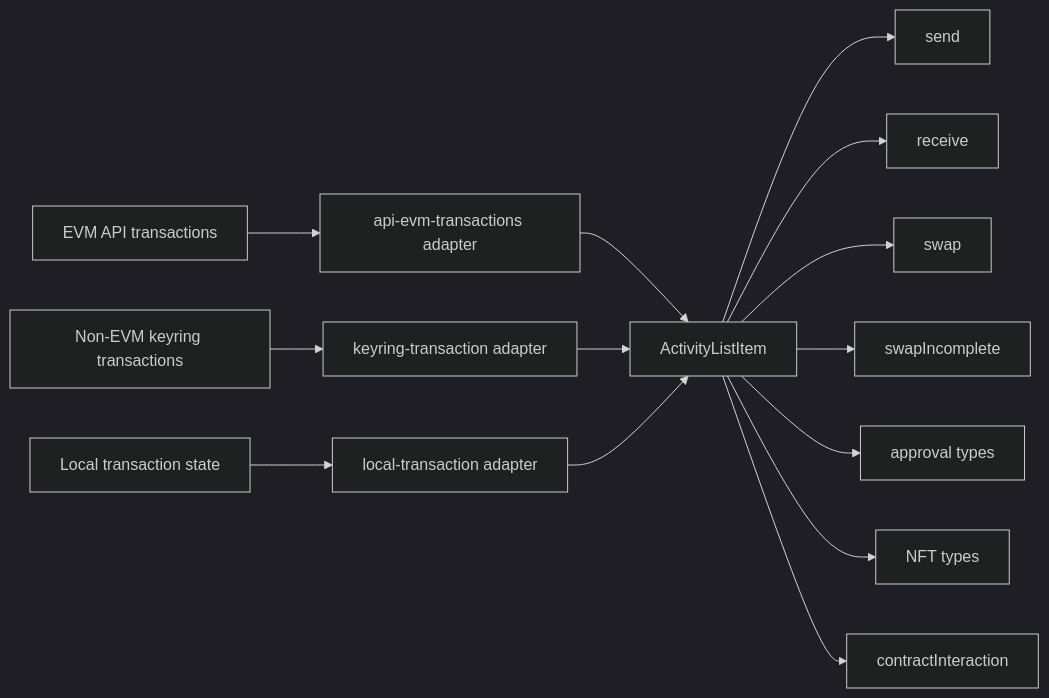
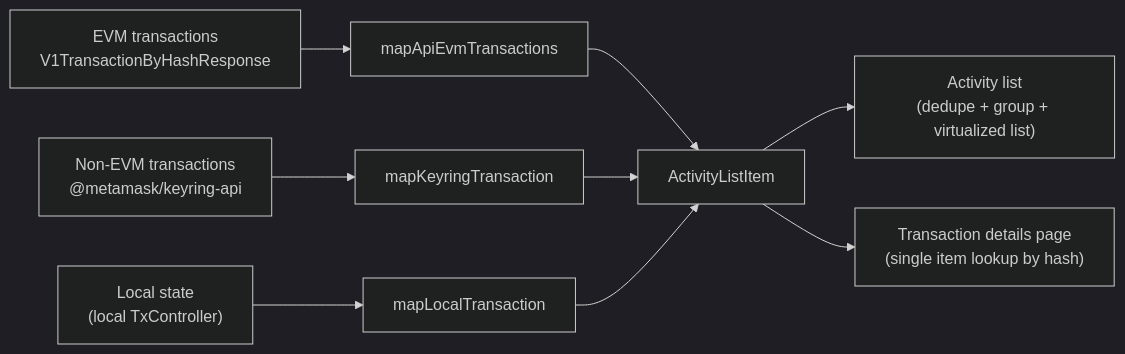
The diagram in shared/lib/activity/adapters/README.md (aimaniac1989/metamask-review), drawn with Mermaid (dark theme) before and after one commit. The commit also changed other lines of this file, not shown here.

First line of the commit message:
chore: document activity adapters (#43772)

````diff
--- a/shared/lib/activity/adapters/README.md
+++ b/shared/lib/activity/adapters/README.md
@@ -5,18 +30,13 @@
 ```mermaid
 flowchart LR
-  api["EVM API transactions"] --> apiAdapter["api-evm-transactions adapter"]
-  nonEvm["Non-EVM keyring transactions"] --> nonEvmAdapter["keyring-transaction adapter"]
-  local["Local transaction state"] --> localAdapter["local-transaction adapter"]
+  api["EVM transactions<br/>V1TransactionByHashResponse"] --> apiAdapter["mapApiEvmTransactions"]
+  nonEvm["Non-EVM transactions<br/>@metamask/keyring-api"] --> nonEvmAdapter["mapKeyringTransaction"]
+  local["Local state<br/>(local TxController)"] --> localAdapter["mapLocalTransaction"]
 
   apiAdapter --> items["ActivityListItem"]
   nonEvmAdapter --> items
   localAdapter --> items
 
-  items --> send["send"]
-  items --> receive["receive"]
-  items --> swap["swap"]
-  items --> swapIncomplete["swapIncomplete"]
-  items --> approval["approval types"]
-  items --> nft["NFT types"]
-  items --> contract["contractInteraction"]
+  items --> list["Activity list<br/>(dedupe + group + virtualized list)"]
+  items --> details["Transaction details page<br/>(single item lookup by hash)"]
 ```
````
